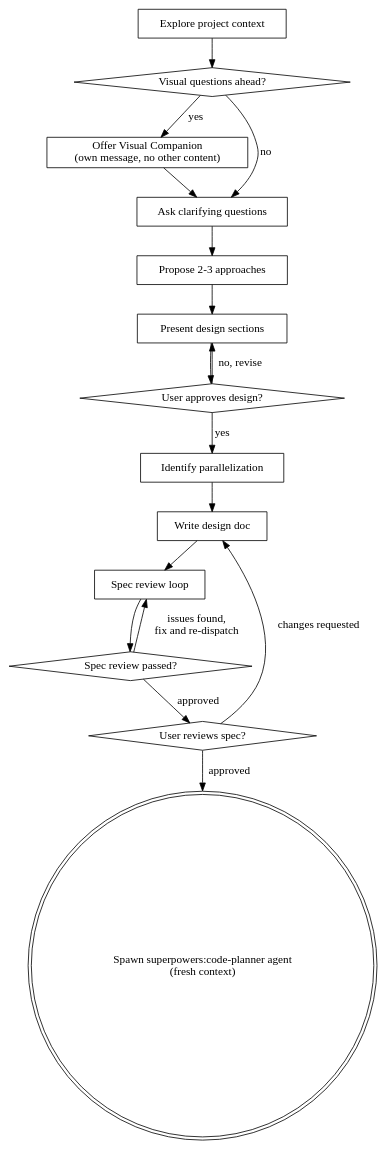
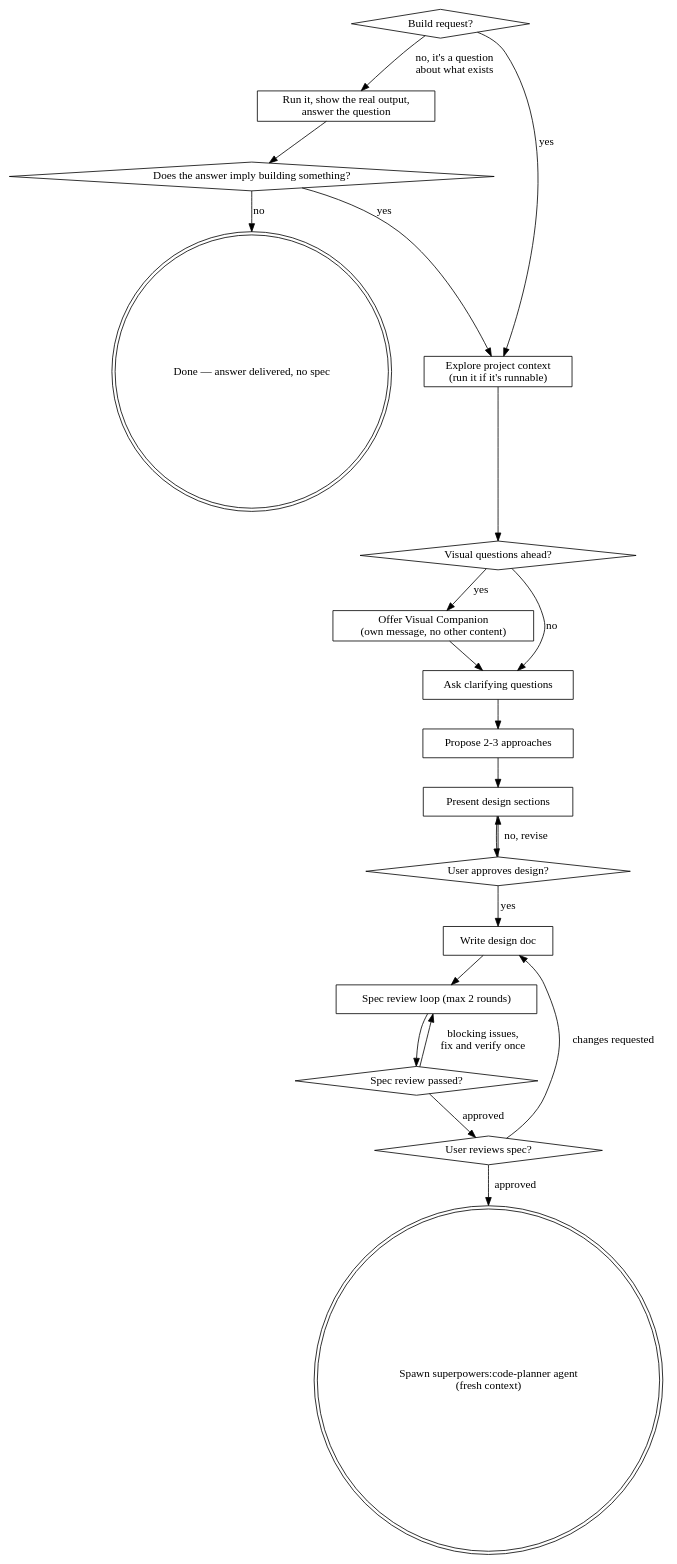
One commit to emilelemoine/superpowers changed the diagram in skills/brainstorming/SKILL.md. Above: the diagram before and after it, drawn with Graphviz. The commit also changed other lines of this file and 5 other files, not shown here.

````diff
--- a/skills/brainstorming/SKILL.md
+++ b/skills/brainstorming/SKILL.md
@@ -37,34 +51,42 @@
 ```dot
 digraph brainstorming {
-    "Explore project context" [shape=box];
+    "Build request?" [shape=diamond];
+    "Run it, show the real output,\nanswer the question" [shape=box];
+    "Does the answer imply building something?" [shape=diamond];
+    "Done — answer delivered, no spec" [shape=doublecircle];
+    "Explore project context\n(run it if it's runnable)" [shape=box];
     "Visual questions ahead?" [shape=diamond];
     "Offer Visual Companion\n(own message, no other content)" [shape=box];
     "Ask clarifying questions" [shape=box];
     "Propose 2-3 approaches" [shape=box];
     "Present design sections" [shape=box];
     "User approves design?" [shape=diamond];
-    "Identify parallelization" [shape=box];
     "Write design doc" [shape=box];
-    "Spec review loop" [shape=box];
+    "Spec review loop (max 2 rounds)" [shape=box];
     "Spec review passed?" [shape=diamond];
     "User reviews spec?" [shape=diamond];
     "Spawn superpowers:code-planner agent\n(fresh context)" [shape=doublecircle];
 
-    "Explore project context" -> "Visual questions ahead?";
+    "Build request?" -> "Run it, show the real output,\nanswer the question" [label="no, it's a question\nabout what exists"];
+    "Run it, show the real output,\nanswer the question" -> "Does the answer imply building something?";
+    "Does the answer imply building something?" -> "Done — answer delivered, no spec" [label="no"];
+    "Does the answer imply building something?" -> "Explore project context\n(run it if it's runnable)" [label="yes"];
+    "Build request?" -> "Explore project context\n(run it if it's runnable)" [label="yes"];
+
+    "Explore project context\n(run it if it's runnable)" -> "Visual questions ahead?";
     "Visual questions ahead?" -> "Offer Visual Companion\n(own message, no other content)" [label="yes"];
     "Visual questions ahead?" -> "Ask clarifying questions" [label="no"];
     "Offer Visual Companion\n(own message, no other content)" -> "Ask clarifying questions";
     "Ask clarifying questions" -> "Propose 2-3 approaches";
     "Propose 2-3 approaches" -> "Present design sections";
     "Present design sections" -> "User approves design?";
     "User approves design?" -> "Present design sections" [label="no, revise"];
-    "User approves design?" -> "Identify parallelization" [label="yes"];
-    "Identify parallelization" -> "Write design doc";
-    "Write design doc" -> "Spec review loop";
-    "Spec review loop" -> "Spec review passed?";
-    "Spec review passed?" -> "Spec review loop" [label="issues found,\nfix and re-dispatch"];
+    "User approves design?" -> "Write design doc" [label="yes"];
+    "Write design doc" -> "Spec review loop (max 2 rounds)";
+    "Spec review loop (max 2 rounds)" -> "Spec review passed?";
+    "Spec review passed?" -> "Spec review loop (max 2 rounds)" [label="blocking issues,\nfix and verify once"];
     "Spec review passed?" -> "User reviews spec?" [label="approved"];
     "User reviews spec?" -> "Write design doc" [label="changes requested"];
     "User reviews spec?" -> "Spawn superpowers:code-planner agent\n(fresh context)" [label="approved"];
 }
 ```
````
